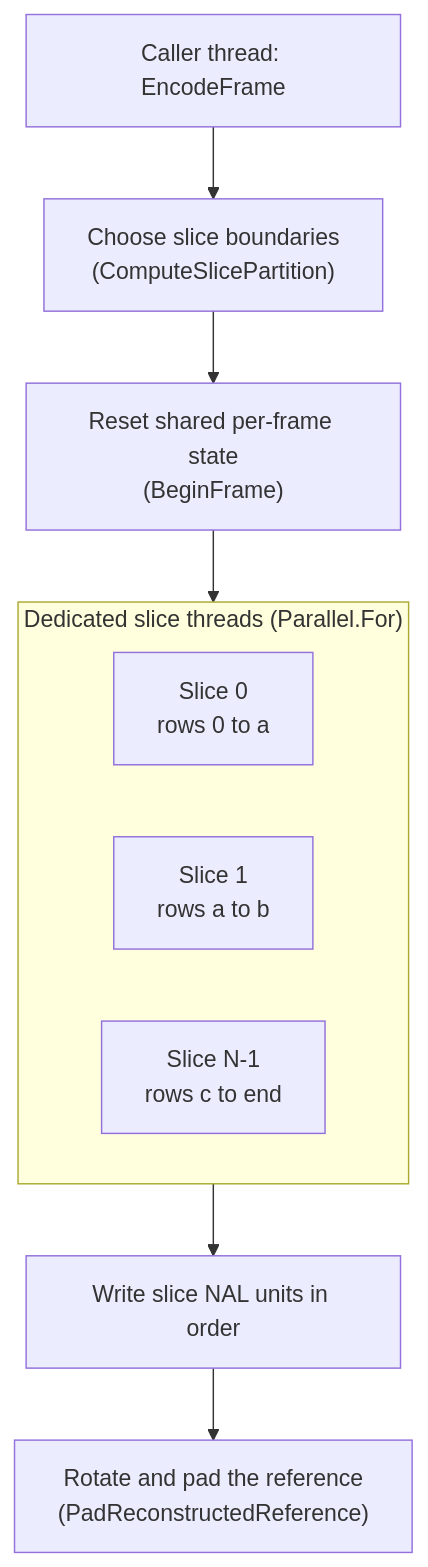
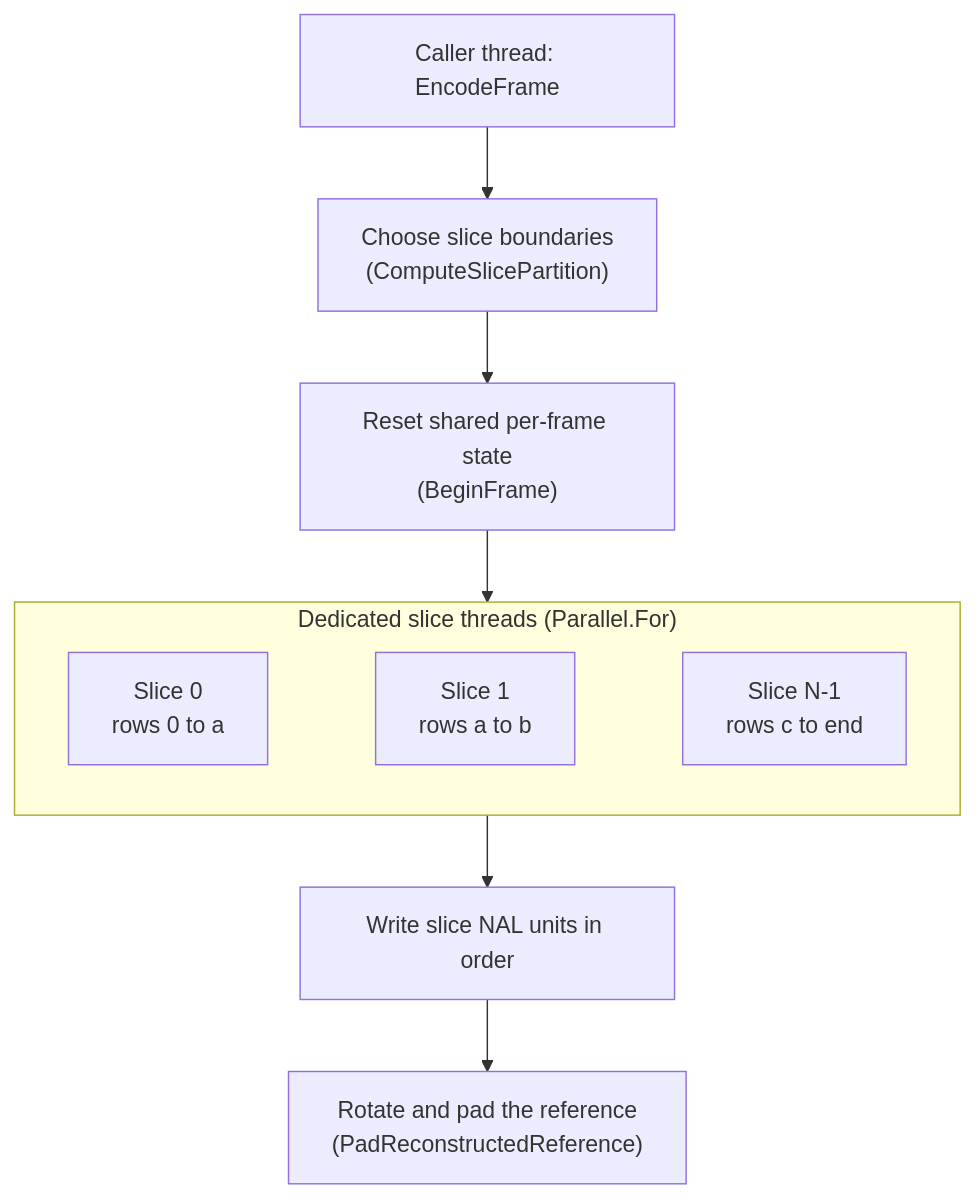
The first of 3 diagrams in docs/architecture.md (Proxeno/kiln), drawn with Mermaid before and after one commit. The commit also changed other lines of this file, not shown here.

First line of the commit message:
docs: replace the kernel dispatch flowchart with an ordered table and class diagram

````diff
--- a/docs/architecture.md
+++ b/docs/architecture.md
@@ -123,19 +123,20 @@
 ```mermaid
 flowchart TB
     caller["Caller thread: EncodeFrame"]
     part["Choose slice boundaries<br/>(ComputeSlicePartition)"]
     begin["Reset shared per-frame state<br/>(BeginFrame)"]
     caller --> part --> begin
 
     subgraph pool["Dedicated slice threads (Parallel.For)"]
         direction LR
         s0["Slice 0<br/>rows 0 to a"]
         s1["Slice 1<br/>rows a to b"]
         sn["Slice N-1<br/>rows c to end"]
+        s0 ~~~ s1 ~~~ sn
     end
 
     begin --> pool
     gather["Write slice NAL units in order"]
     pad["Rotate and pad the reference<br/>(PadReconstructedReference)"]
     pool --> gather --> pad
 ```
````
